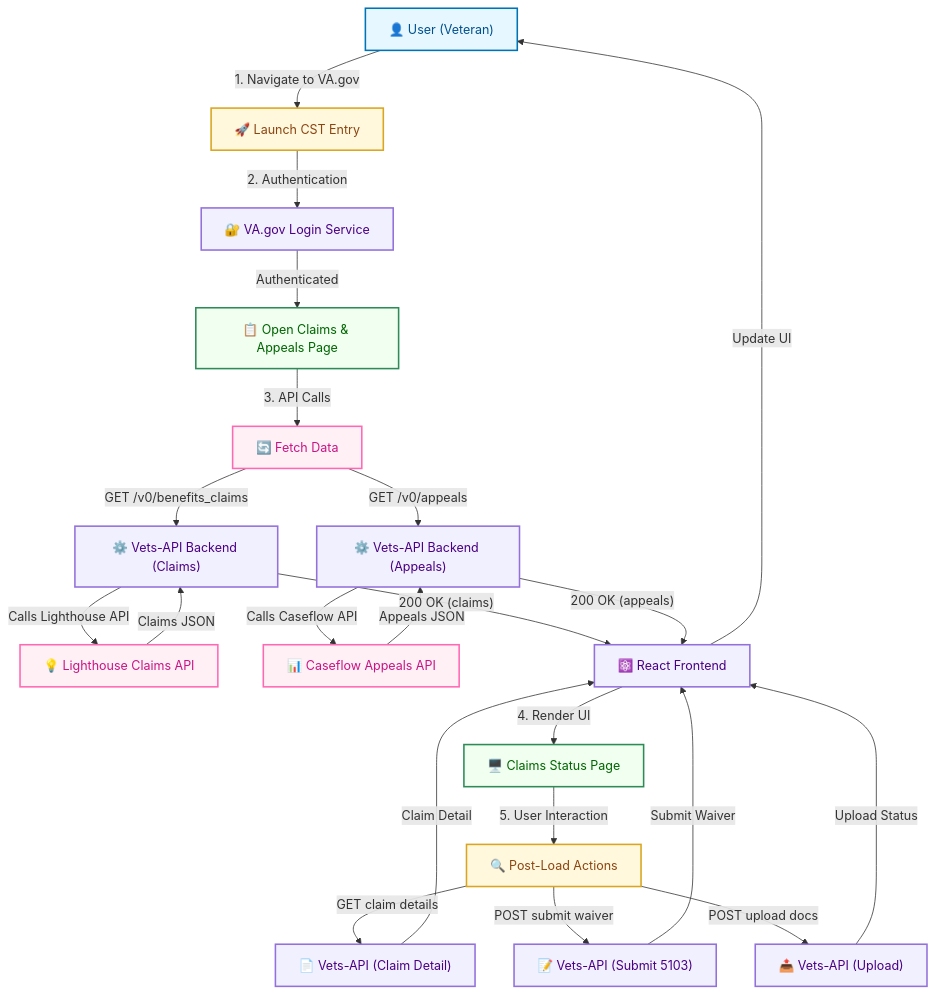
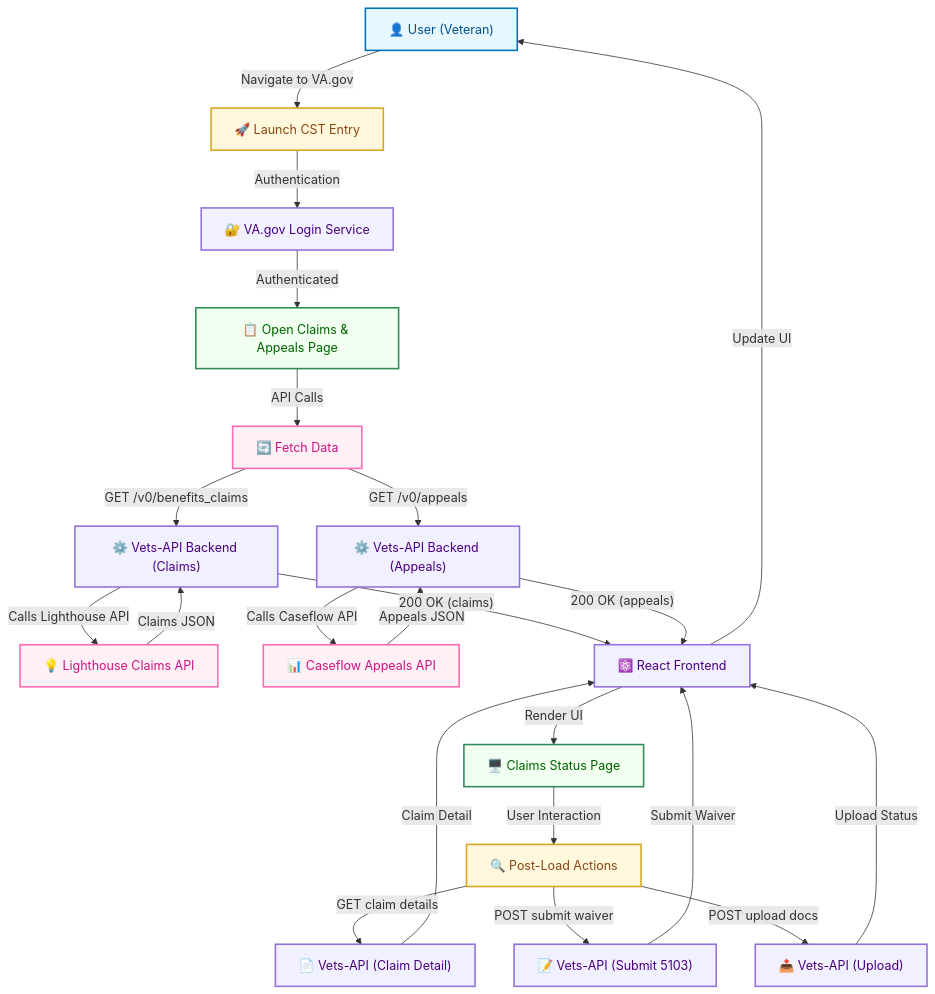
The first of 5 diagrams in deep_research/solutioning/load_time_ux_deep_research.md (MikeC-A6/cross-benefits-documentation), drawn with Mermaid before and after one commit.

````diff
--- a/deep_research/solutioning/load_time_ux_deep_research.md
+++ b/deep_research/solutioning/load_time_ux_deep_research.md
@@ -41,49 +41,49 @@
 ```mermaid
 flowchart TD
     %% STYLES
     classDef userNode fill:#e6f7ff,stroke:#0073b7,stroke-width:2px,color:#00508c
     classDef serviceNode fill:#f0f0ff,stroke:#9370db,stroke-width:2px,color:#4b0082
     classDef apiNode fill:#fff0f5,stroke:#ff69b4,stroke-width:2px,color:#c71585
     classDef pageNode fill:#f0fff0,stroke:#2e8b57,stroke-width:2px,color:#006400
     classDef actionNode fill:#fff8dc,stroke:#daa520,stroke-width:2px,color:#8b4513
     
     %% NODES
     U["👤 User (Veteran)"]:::userNode
     L["🚀 Launch CST Entry"]:::actionNode
     Auth["🔐 VA.gov Login Service"]:::serviceNode
     CST["📋 Open Claims & Appeals Page"]:::pageNode
     APICalls["🔄 Fetch Data"]:::apiNode
     BE1["⚙️ Vets-API Backend (Claims)"]:::serviceNode
     BE2["⚙️ Vets-API Backend (Appeals)"]:::serviceNode
     LH["💡 Lighthouse Claims API"]:::apiNode
     CF["📊 Caseflow Appeals API"]:::apiNode
     FE["⚛️ React Frontend"]:::serviceNode
     UI["🖥️ Claims Status Page"]:::pageNode
     Interact["🔍 Post-Load Actions"]:::actionNode
     BE1Detail["📄 Vets-API (Claim Detail)"]:::serviceNode
     BE1Waiver["📝 Vets-API (Submit 5103)"]:::serviceNode
     BE1Upload["📤 Vets-API (Upload)"]:::serviceNode
     
     %% CONNECTIONS
-    U -->|"1. Navigate to VA.gov"| L
-    L -->|"2. Authentication"| Auth
+    U -->|"Navigate to VA.gov"| L
+    L -->|"Authentication"| Auth
     Auth -->|"Authenticated"| CST
-    CST -->|"3. API Calls"| APICalls
+    CST -->|"API Calls"| APICalls
     APICalls -->|"GET /v0/benefits_claims"| BE1
     APICalls -->|"GET /v0/appeals"| BE2
     BE1 -->|"Calls Lighthouse API"| LH
     BE2 -->|"Calls Caseflow API"| CF
     LH -->|"Claims JSON"| BE1
     CF -->|"Appeals JSON"| BE2
     BE1 -->|"200 OK (claims)"| FE
     BE2 -->|"200 OK (appeals)"| FE
-    FE -->|"4. Render UI"| UI
-    UI -->|"5. User Interaction"| Interact
+    FE -->|"Render UI"| UI
+    UI -->|"User Interaction"| Interact
     Interact -->|"GET claim details"| BE1Detail
     Interact -->|"POST submit waiver"| BE1Waiver
     Interact -->|"POST upload docs"| BE1Upload
     BE1Detail -->|"Claim Detail"| FE
     BE1Waiver -->|"Submit Waiver"| FE
     BE1Upload -->|"Upload Status"| FE
     FE -->|"Update UI"| U
 ```
````
